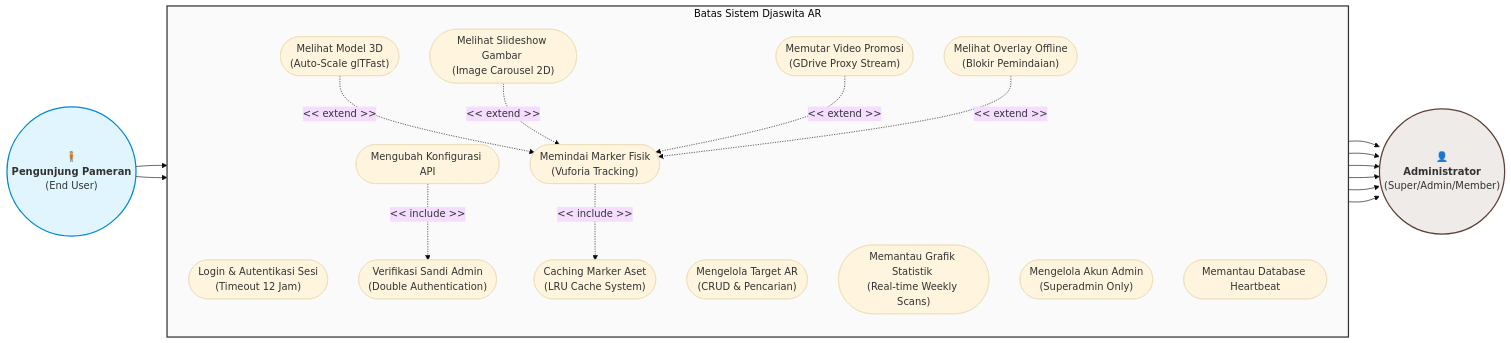
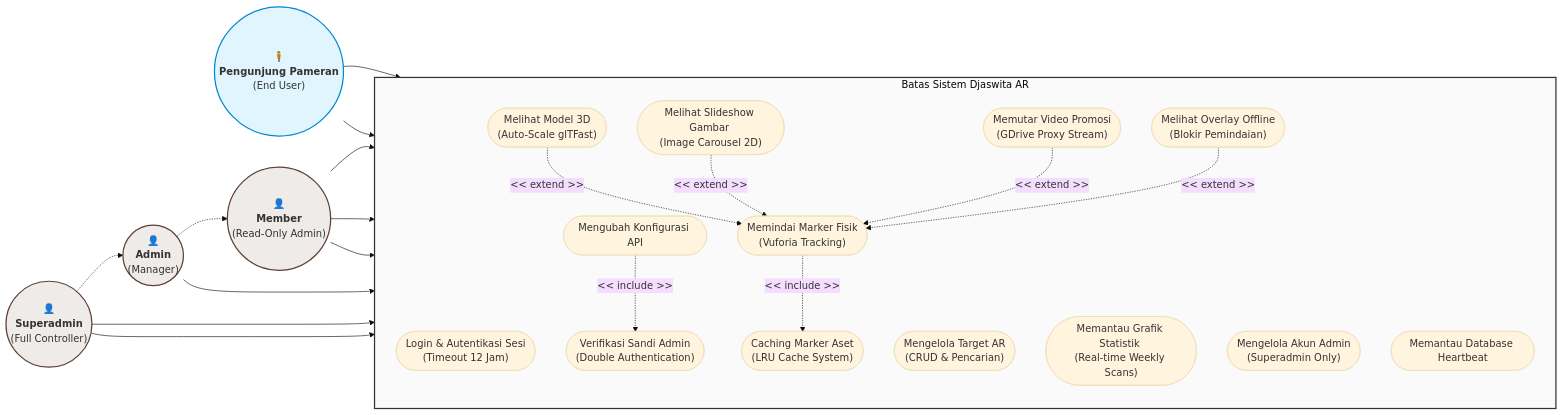
The second of 3 diagrams in WebAdmin/docs/diagram/diagram.md (MyusiZ3/DjaswitaAR-Fix), drawn with Mermaid (base theme) before and after one commit. The commit also changed other lines of this file and 7 other files, not shown here.

Commit message:
docs: generate system design and blackbox testing docx files and update usecase diagram

````diff
--- a/WebAdmin/docs/diagram/diagram.md
+++ b/WebAdmin/docs/diagram/diagram.md
@@ -70,55 +70,65 @@
 ```mermaid
 graph LR
     %% Aktor Kiri (User)
     User(("🧍<br><b>Pengunjung Pameran</b><br>(End User)"))
 
     %% Batas Sistem (System Boundary Tunggal)
     subgraph SystemBoundary ["Batas Sistem Djaswita AR"]
         direction TB
         
         %% Use Cases dalam bentuk OVAL (Stadium Shape)
         UC_Login(["Login & Autentikasi Sesi <br>(Timeout 12 Jam)"])
         UC_CRUD(["Mengelola Target AR <br>(CRUD & Pencarian)"])
         UC_Config(["Mengubah Konfigurasi API"])
         UC_DoubleAuth(["Verifikasi Sandi Admin <br>(Double Authentication)"])
         UC_ViewStats(["Memantau Grafik Statistik <br>(Real-time Weekly Scans)"])
         UC_ManageAdmin(["Mengelola Akun Admin <br>(Superadmin Only)"])
         UC_Hearbeat(["Memantau Database Heartbeat"])
         
         UC_ScanMarker(["Memindai Marker Fisik <br>(Vuforia Tracking)"])
         UC_View3D(["Melihat Model 3D <br>(Auto-Scale glTFast)"])
         UC_ViewCarousel(["Melihat Slideshow Gambar <br>(Image Carousel 2D)"])
         UC_PlayVideo(["Memutar Video Promosi <br>(GDrive Proxy Stream)"])
         UC_OfflineOverlay(["Melihat Overlay Offline <br>(Blokir Pemindaian)"])
         UC_CacheMarker(["Caching Marker Aset <br>(LRU Cache System)"])
     end
 
-    %% Aktor Kanan (Admin)
-    Admin(("👤<br><b>Administrator</b><br>(Super/Admin/Member)"))
+    %% Aktor Kanan (Admin Roles)
+    Member(("👤<br><b>Member</b><br>(Read-Only Admin)"))
+    AdminActor(("👤<br><b>Admin</b><br>(Manager)"))
+    Superadmin(("👤<br><b>Superadmin</b><br>(Full Controller)"))
+
+    %% Relasi Pewarisan / Generalization (Dashed lines to parent class)
+    Superadmin -.-> AdminActor
+    AdminActor -.-> Member
 
     %% Hubungan Aktor Kiri ke Use Cases
     User --> UC_ScanMarker
     User --> UC_OfflineOverlay
 
-    %% Hubungan Aktor Kanan ke Use Cases (Tarik ke kanan)
-    UC_Login --> Admin
-    UC_CRUD --> Admin
-    UC_Config --> Admin
-    UC_ViewStats --> Admin
-    UC_ManageAdmin --> Admin
-    UC_Hearbeat --> Admin
+    %% Hubungan Aktor Kanan ke Use Cases
+    Member --> UC_Login
+    Member --> UC_ViewStats
+    Member --> UC_Hearbeat
+
+    AdminActor --> UC_CRUD
+
+    Superadmin --> UC_Config
+    Superadmin --> UC_ManageAdmin
 
     %% Relasi Include / Extend (Dashed Lines dengan label UML)
     UC_Config -. "<< include >>" .-> UC_DoubleAuth
     UC_ScanMarker -. "<< include >>" .-> UC_CacheMarker
     
     UC_View3D -. "<< extend >>" .-> UC_ScanMarker
     UC_ViewCarousel -. "<< extend >>" .-> UC_ScanMarker
     UC_PlayVideo -. "<< extend >>" .-> UC_ScanMarker
     UC_OfflineOverlay -. "<< extend >>" .-> UC_ScanMarker
 
     %% Styling Warna & Bentuk Sesuai Standar Premium
     style User fill:#e1f5fe,stroke:#0288d1,stroke-width:2px;
-    style Admin fill:#efebe9,stroke:#5d4037,stroke-width:2px;
+    style Member fill:#efebe9,stroke:#5d4037,stroke-width:2px;
+    style AdminActor fill:#efebe9,stroke:#5d4037,stroke-width:2px;
+    style Superadmin fill:#efebe9,stroke:#5d4037,stroke-width:2px;
     style SystemBoundary fill:#fafafa,stroke:#333,stroke-width:2px;
 ```
````
